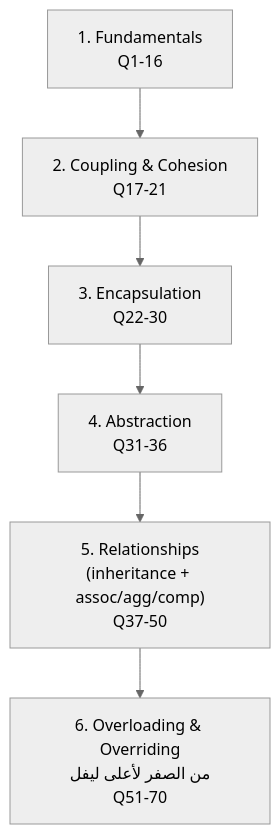
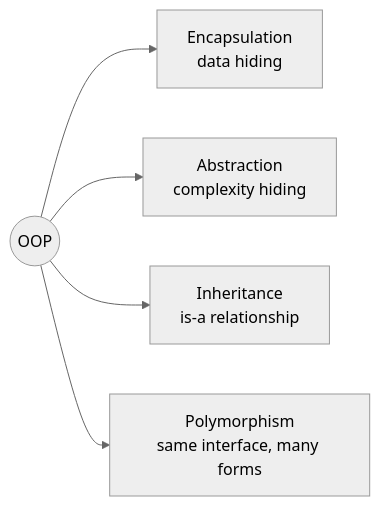
One commit to muhammad-khaled-tech/My-Study-Notes changed the first of 10 diagrams in interviews/01-oop.md. Above: the diagram before and after it, drawn with Mermaid (neutral theme). The commit also changed other lines of this file and 1 other file, not shown here.

````diff
--- a/interviews/01-oop.md
+++ b/interviews/01-oop.md
@@ -11,8 +93,7 @@
 ```mermaid
-flowchart TD
-    A["1. Fundamentals<br/>Q1-16"] --> B["2. Coupling & Cohesion<br/>Q17-21"]
-    B --> C["3. Encapsulation<br/>Q22-30"]
-    C --> D["4. Abstraction<br/>Q31-36"]
-    D --> E["5. Relationships<br/>(inheritance + assoc/agg/comp)<br/>Q37-50"]
-    E --> F["6. Overloading & Overriding<br/>من الصفر لأعلى ليفل<br/>Q51-70"]
+flowchart LR
+    OOP(("OOP")) --> E["Encapsulation<br/>data hiding"]
+    OOP --> A["Abstraction<br/>complexity hiding"]
+    OOP --> I["Inheritance<br/>is-a relationship"]
+    OOP --> P["Polymorphism<br/>same interface, many forms"]
 ```
````
